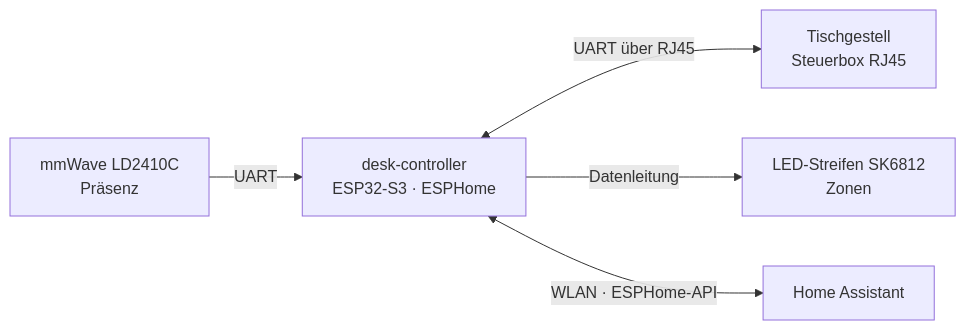
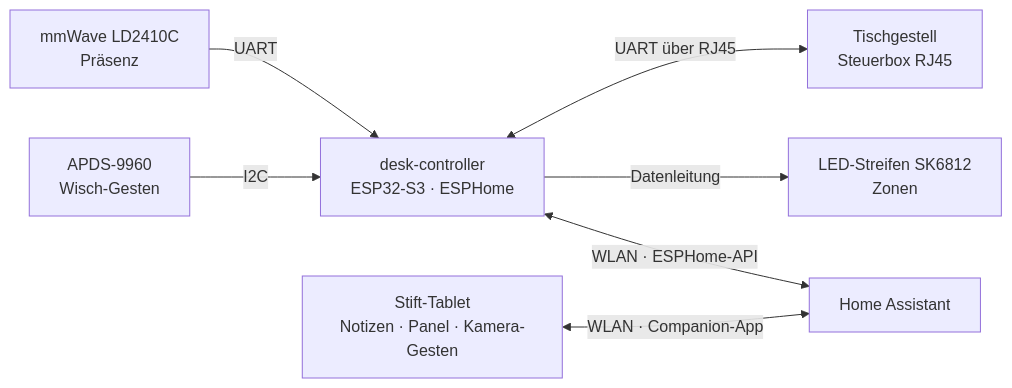
One commit to Samu2134213412/ai changed the diagram in smarthome-ai/docs/07-schreibtisch.md. Above: the diagram before and after it, drawn with Mermaid. The commit also changed other lines of this file and 8 other files, not shown here.

````diff
--- a/smarthome-ai/docs/07-schreibtisch.md
+++ b/smarthome-ai/docs/07-schreibtisch.md
@@ -10,12 +12,16 @@
 ```mermaid
 flowchart LR
     ESP["desk-controller<br/>ESP32-S3 · ESPHome"]
     MOT["Tischgestell<br/>Steuerbox RJ45"]
     RADAR["mmWave LD2410C<br/>Präsenz"]
     LED["LED-Streifen SK6812<br/>Zonen"]
+    GEST["APDS-9960<br/>Wisch-Gesten"]
+    TAB["Stift-Tablet<br/>Notizen · Panel · Kamera-Gesten"]
     HA["Home Assistant"]
     ESP <-->|UART über RJ45| MOT
     RADAR -->|UART| ESP
+    GEST -->|I2C| ESP
     ESP -->|Datenleitung| LED
     ESP <-->|WLAN · ESPHome-API| HA
+    TAB <-->|WLAN · Companion-App| HA
 ```
````
